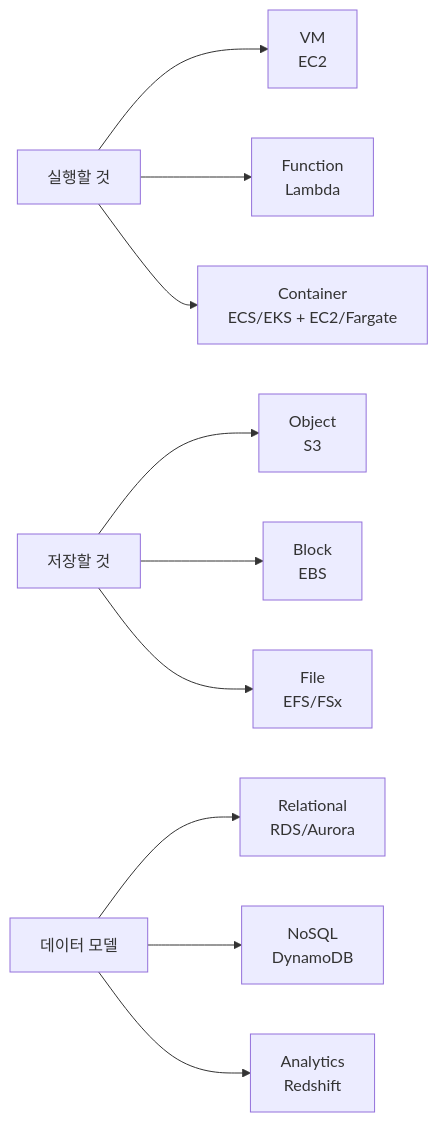
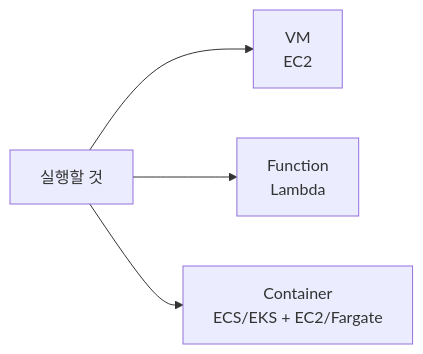
Diagram 11 of 22 in content/posts/02.Security/aws/aws-ccp-study-1/index.md (noir1458/noir1458.github.io), drawn with Mermaid before and after one commit. The commit also changed other lines of this file and 14 other files, not shown here.

Commit message:
feat: improve diagram readability and CV print control

````diff
--- a/content/posts/02.Security/aws/aws-ccp-study-1/index.md
+++ b/content/posts/02.Security/aws/aws-ccp-study-1/index.md
@@ -754,12 +754,6 @@
 ```mermaid
 flowchart LR
     C[실행할 것] --> VM[VM<br/>EC2]
     C --> FN[Function<br/>Lambda]
     C --> CT[Container<br/>ECS/EKS + EC2/Fargate]
-    S[저장할 것] --> O[Object<br/>S3]
-    S --> B[Block<br/>EBS]
-    S --> F[File<br/>EFS/FSx]
-    D[데이터 모델] --> R[Relational<br/>RDS/Aurora]
-    D --> N[NoSQL<br/>DynamoDB]
-    D --> A[Analytics<br/>Redshift]
 ```
````
